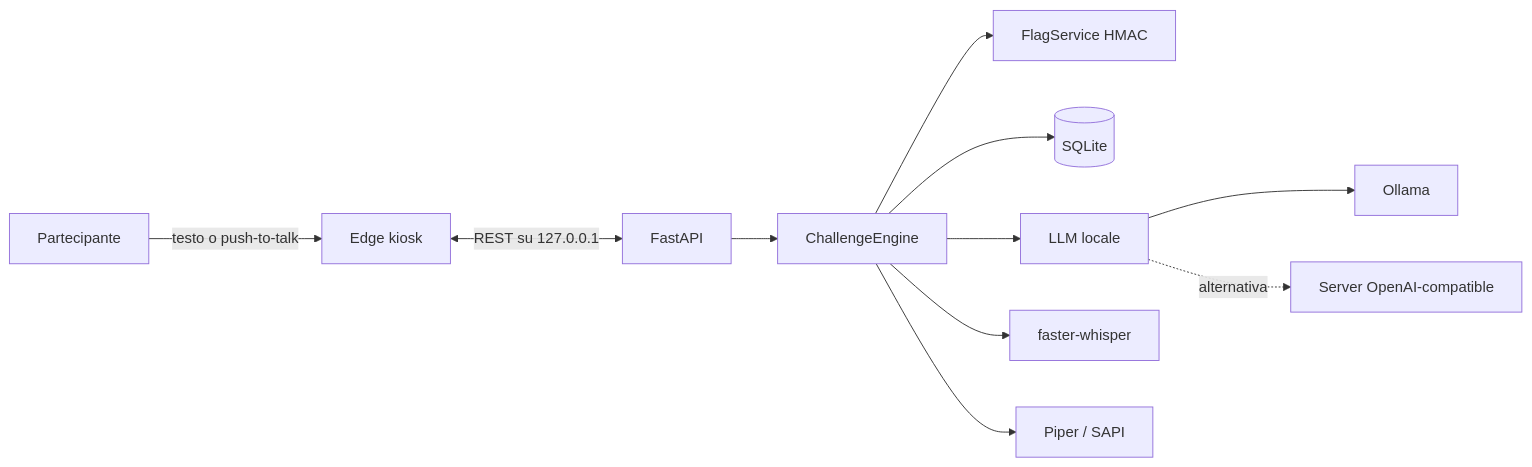
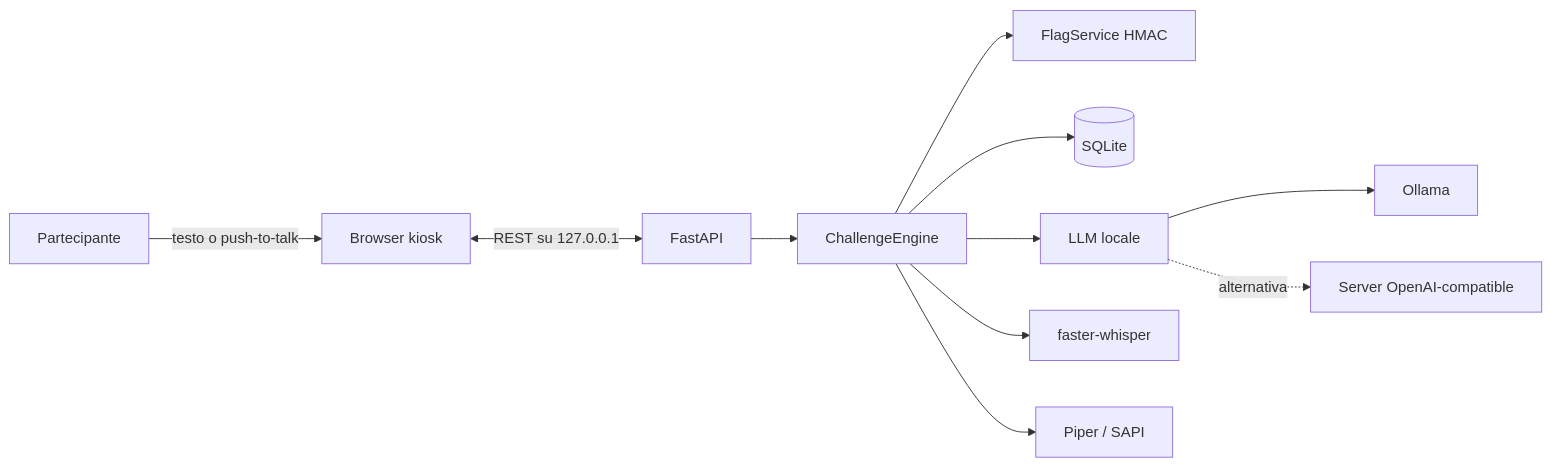
Before and after one commit to 0xb120/JANUS_AI_CTF: the diagram in README.md, drawn with Mermaid. The commit also changed other lines of this file, not shown here.

````diff
--- a/README.md
+++ b/README.md
@@ -61,13 +63,13 @@
 ```mermaid
 flowchart LR
-    P[Partecipante] -->|testo o push-to-talk| K[Edge kiosk]
+    P[Partecipante] -->|testo o push-to-talk| K[Browser kiosk]
     K <-->|REST su 127.0.0.1| A[FastAPI]
     A --> E[ChallengeEngine]
     E --> F[FlagService HMAC]
     E --> D[(SQLite)]
     E --> L[LLM locale]
     E --> S[faster-whisper]
     E --> T[Piper / SAPI]
     L --> O[Ollama]
     L -. alternativa .-> C[Server OpenAI-compatible]
 ```
````
